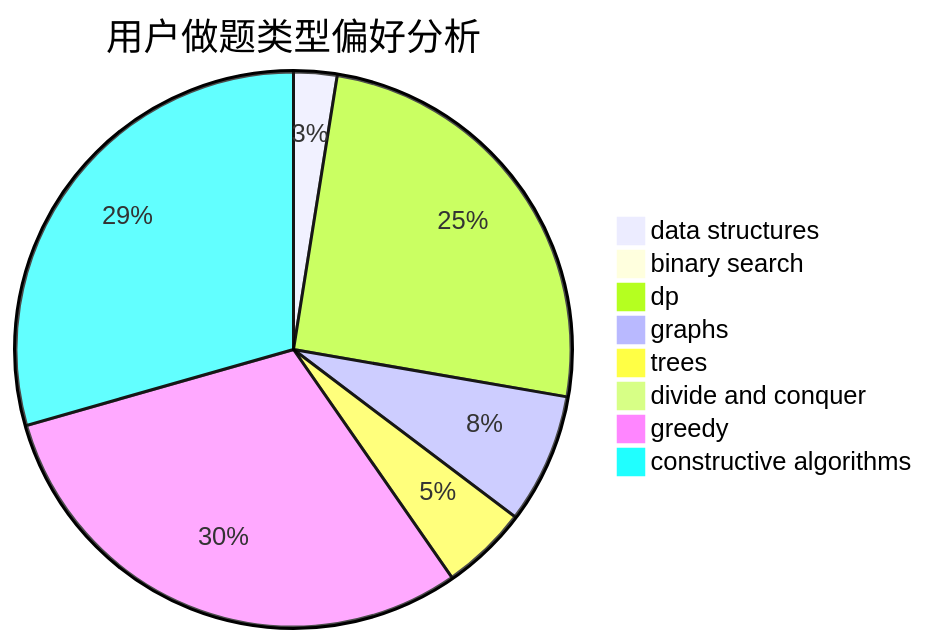
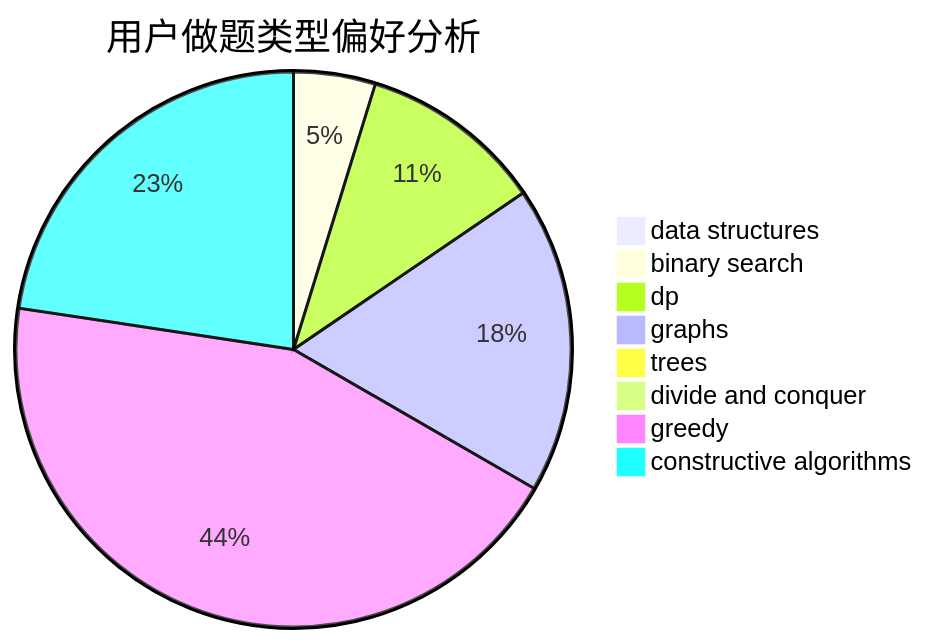
One commit to sherpahu/cfrs.github.io changed the second of 3 diagrams in docs/user/u2675.md. Above: the diagram before and after it, drawn with Mermaid. The commit also changed other lines of this file and 2770 other files, not shown here.

````diff
--- a/docs/user/u2675.md
+++ b/docs/user/u2675.md
@@ -23,11 +23,11 @@
 ```mermaid
 pie title 用户做题类型偏好分析
-    "data structures" :  3
-    "binary search" :  0
-    "dp" :  30
-    "graphs" :  9
-    "trees" :  6
+    "data structures" :  0
+    "binary search" :  4
+    "dp" :  9
+    "graphs" :  15
+    "trees" :  0
     "divide and conquer" :  0
-    "greedy" :  36
-    "constructive algorithms" :  35
+    "greedy" :  37
+    "constructive algorithms" :  19
 ```
````
